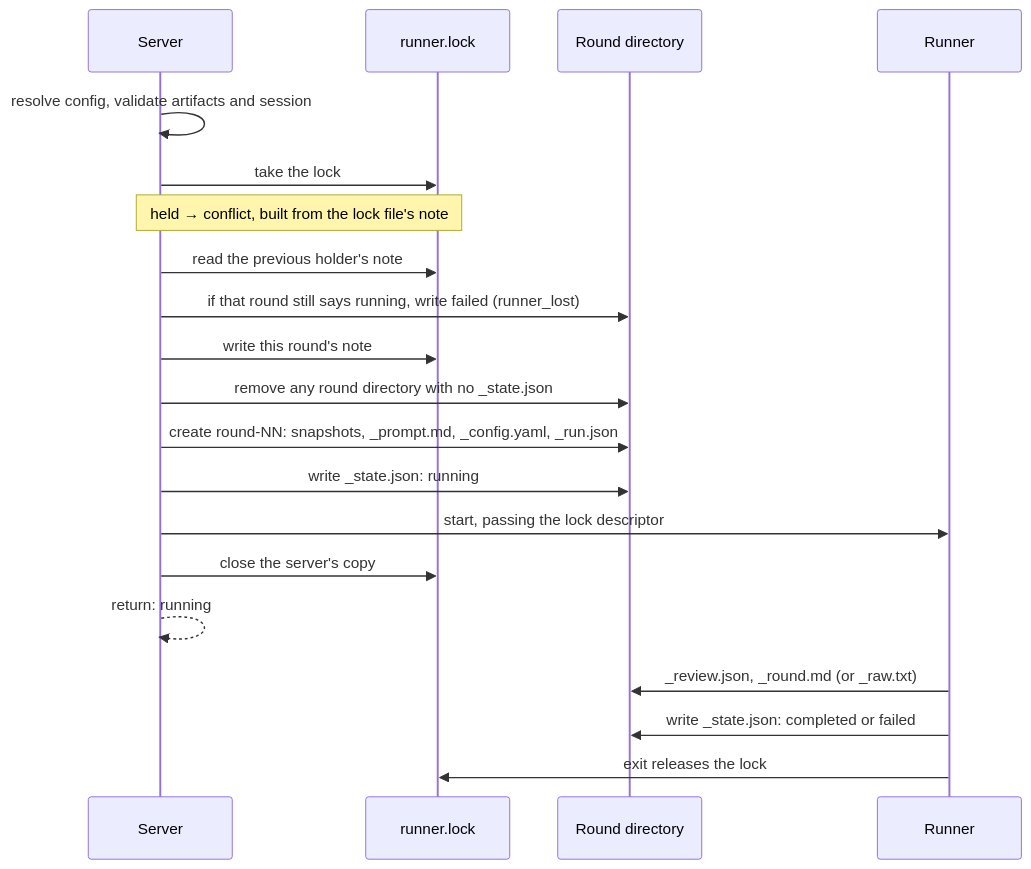
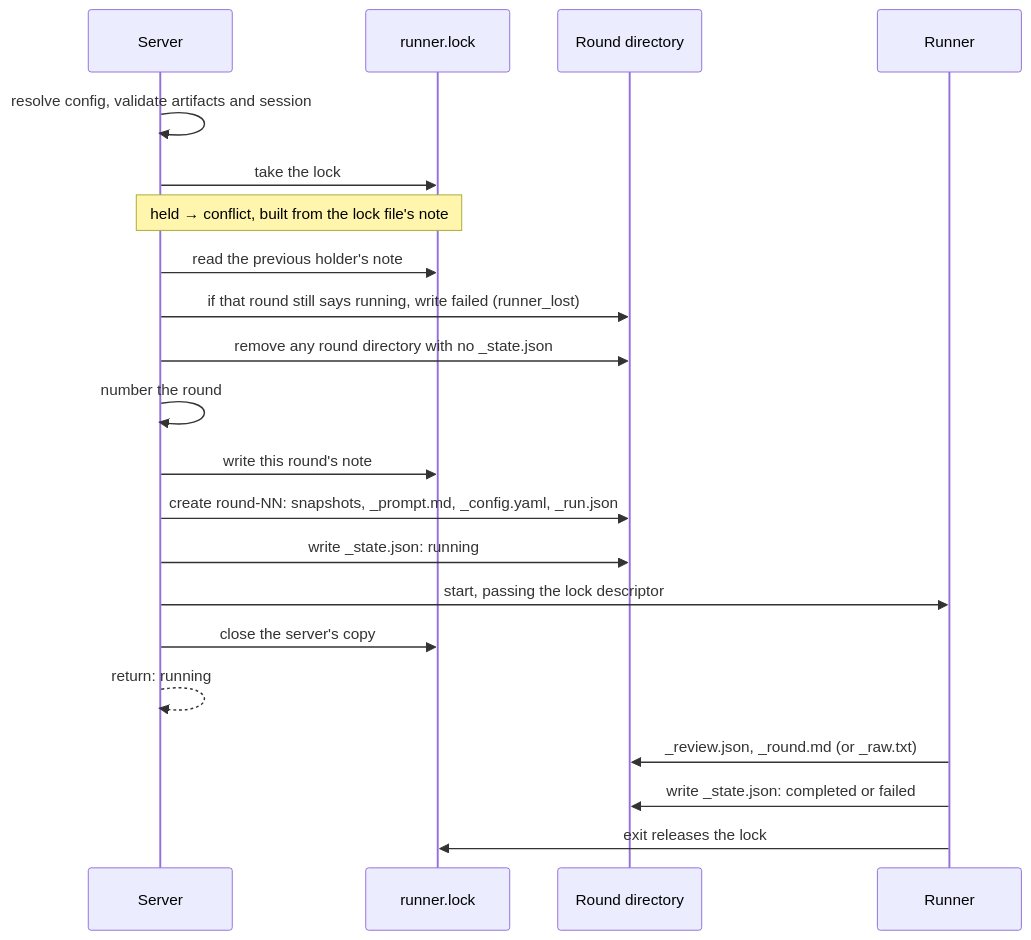
The diagram in docs/future/sessions-on-disk-work-order.md (michaelquigley/mercurius), drawn with Mermaid before and after one commit. The commit also changed other lines of this file and 6 other files, not shown here.

````diff
--- a/docs/future/sessions-on-disk-work-order.md
+++ b/docs/future/sessions-on-disk-work-order.md
@@ -104,22 +104,23 @@
 ```mermaid
 sequenceDiagram
     participant S as Server
     participant L as runner.lock
     participant D as Round directory
     participant R as Runner
     S->>S: resolve config, validate artifacts and session
     S->>L: take the lock
     Note over S,L: held → conflict, built from the lock file's note
     S->>L: read the previous holder's note
     S->>D: if that round still says running, write failed (runner_lost)
+    S->>D: remove any round directory with no _state.json
+    S->>S: number the round
     S->>L: write this round's note
-    S->>D: remove any round directory with no _state.json
     S->>D: create round-NN: snapshots, _prompt.md, _config.yaml, _run.json
     S->>D: write _state.json: running
     S->>R: start, passing the lock descriptor
     S->>L: close the server's copy
     S-->>S: return: running
     R->>D: _review.json, _round.md (or _raw.txt)
     R->>D: write _state.json: completed or failed
     R->>L: exit releases the lock
 ```
````
